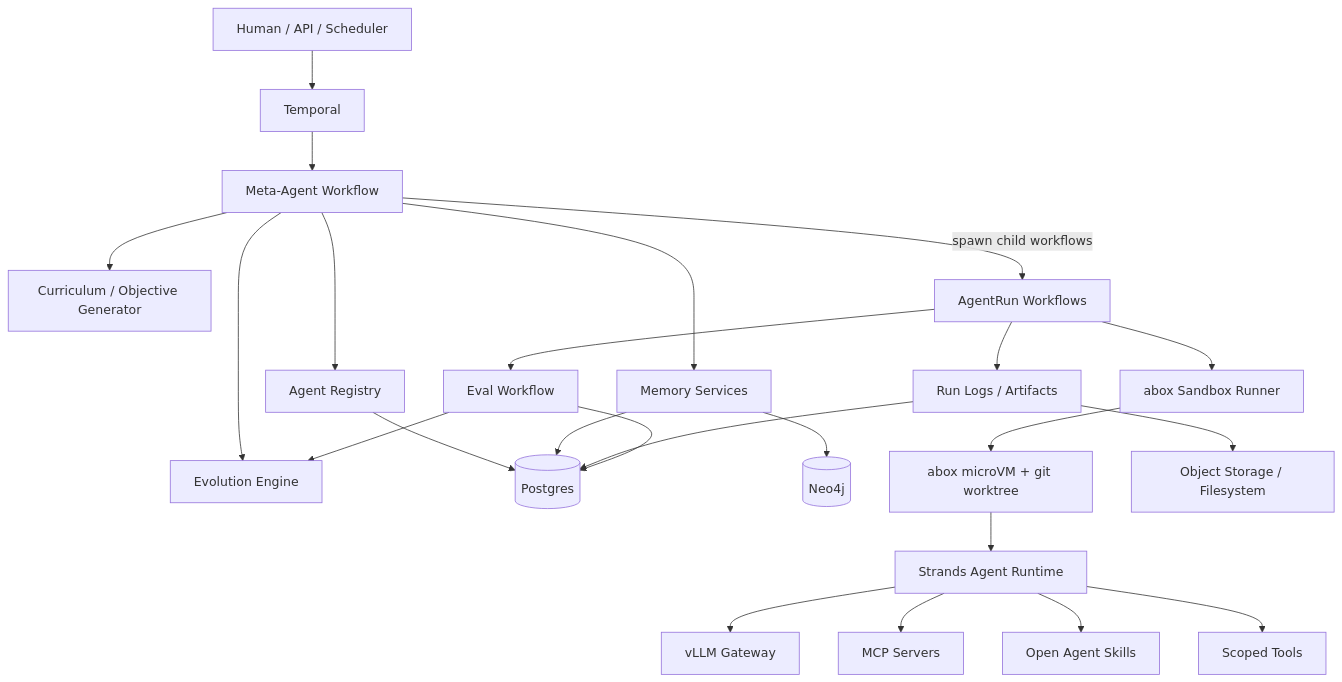
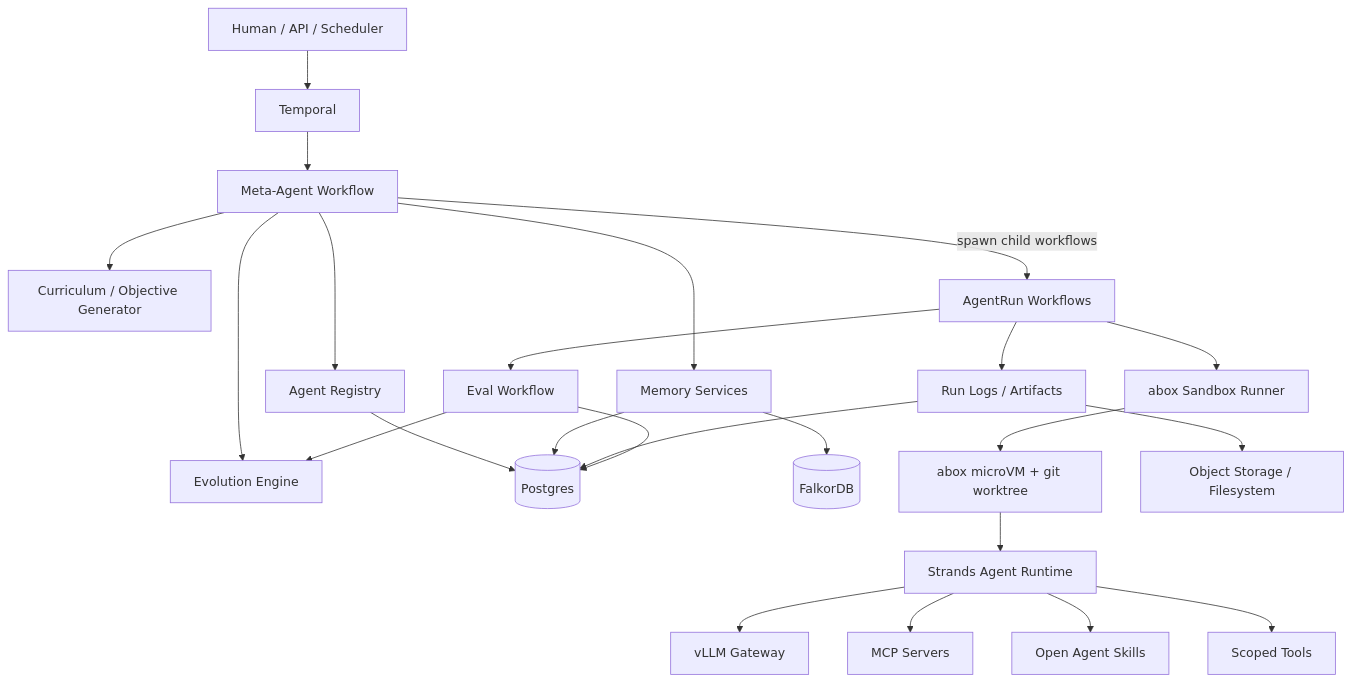
The first of 3 diagrams in docs/spec.md (X-McKay/bakudo), drawn with Mermaid before and after one commit. The commit also changed other lines of this file and 4 other files, not shown here.

````diff
--- a/docs/spec.md
+++ b/docs/spec.md
@@ -73,31 +73,31 @@
 ```mermaid
 flowchart TD
     U[Human / API / Scheduler] --> T[Temporal]
 
     T --> M[Meta-Agent Workflow]
     M --> R[Agent Registry]
     M --> C[Curriculum / Objective Generator]
     M --> E[Evolution Engine]
     M --> MEM[Memory Services]
 
     R --> PG[(Postgres)]
     MEM --> PG
-    MEM --> NEO[(Neo4j)]
+    MEM --> NEO[(FalkorDB)]
 
     M -->|spawn child workflows| AR[AgentRun Workflows]
     AR --> AB[abox Sandbox Runner]
     AB --> VM[abox microVM + git worktree]
     VM --> SA[Strands Agent Runtime]
 
     SA --> VLLM[vLLM Gateway]
     SA --> MCP[MCP Servers]
     SA --> SK[Open Agent Skills]
     SA --> TOOLS[Scoped Tools]
 
     AR --> LOGS[Run Logs / Artifacts]
     LOGS --> PG
     LOGS --> OBJ[Object Storage / Filesystem]
     AR --> EV[Eval Workflow]
     EV --> PG
     EV --> E
 ```
````
